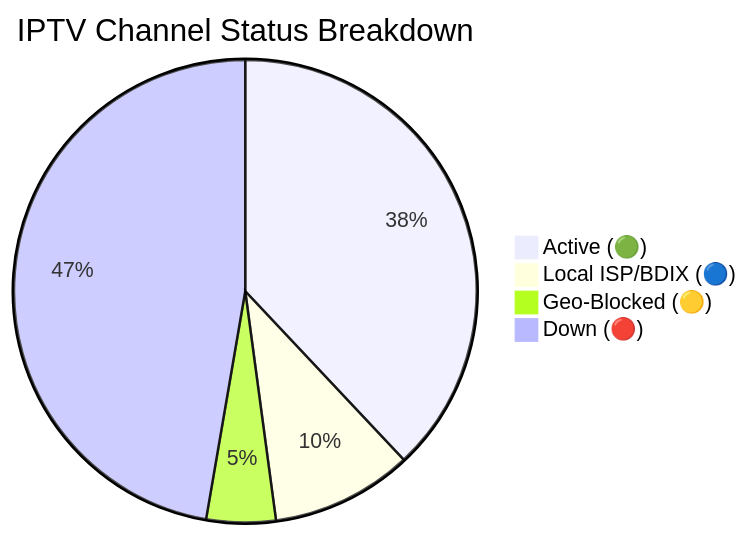
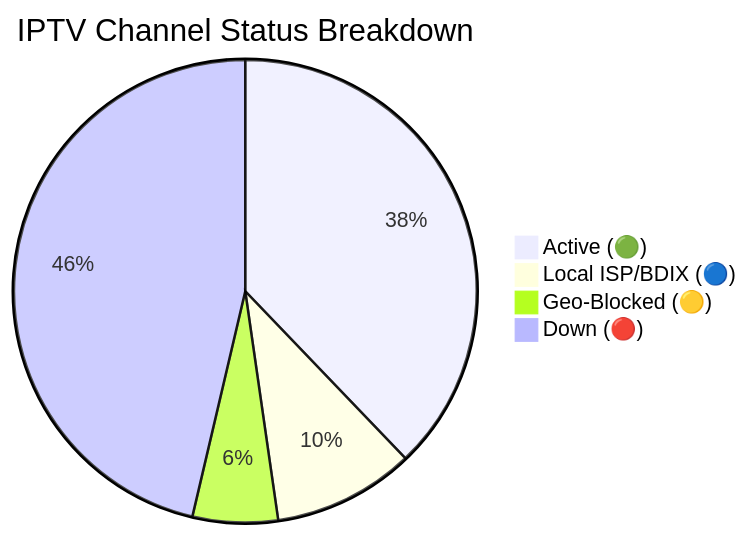
The diagram in README.md (andreataylord/Ip-tv-Collection), drawn with Mermaid before and after one commit. The commit also changed other lines of this file and 1 other file, not shown here.

Commit message:
docs(readme): auto-update daily channel status chart

````diff
--- a/README.md
+++ b/README.md
@@ -59,7 +59,7 @@
 ```mermaid
 pie title IPTV Channel Status Breakdown
-    "Active (🟢)" : 3001
+    "Active (🟢)" : 2989
     "Local ISP/BDIX (🔵)" : 781
-    "Geo-Blocked (🟡)" : 382
-    "Down (🔴)" : 3736
+    "Geo-Blocked (🟡)" : 470
+    "Down (🔴)" : 3660
 ```
````
